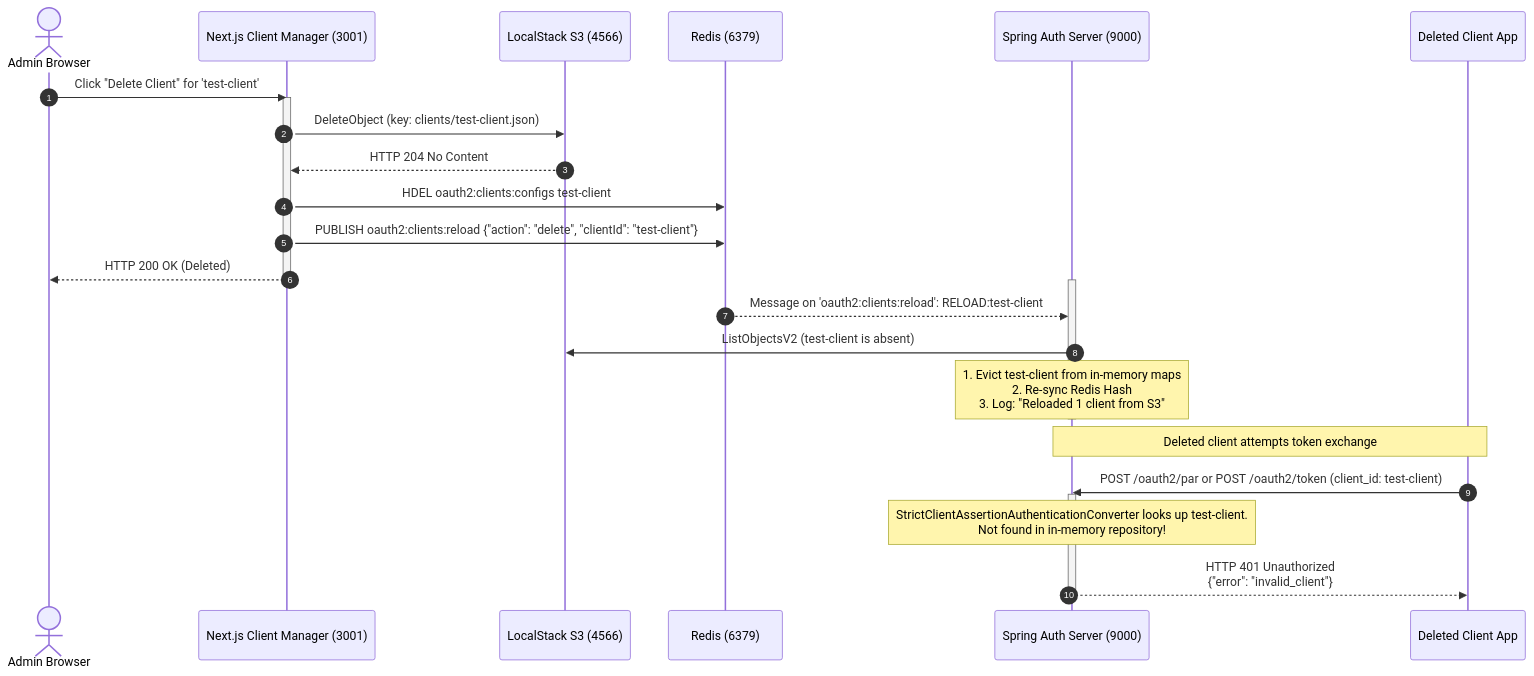
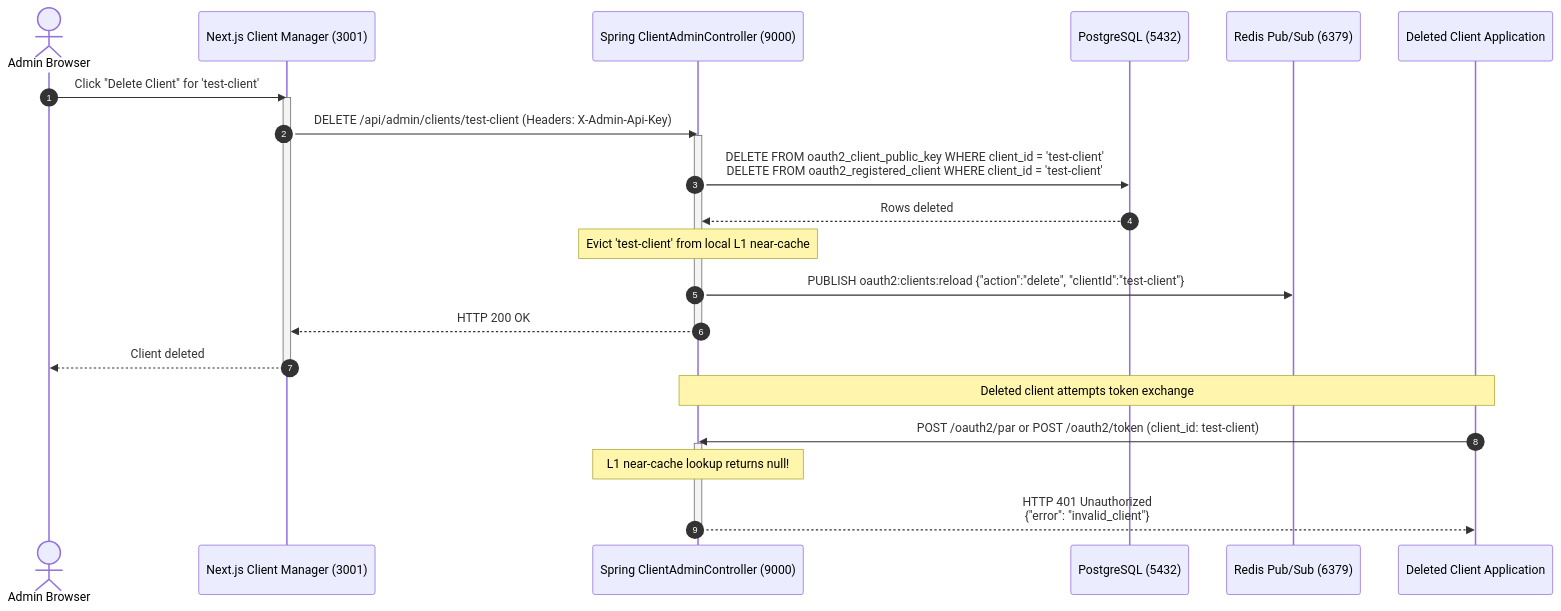
The fourth of 4 diagrams in docs/architecture/client_config_and_caching_flow.md (shoeyn/oauth-server), drawn with Mermaid before and after one commit. The commit also changed other lines of this file and 39 other files, not shown here.

````diff
--- a/docs/architecture/client_config_and_caching_flow.md
+++ b/docs/architecture/client_config_and_caching_flow.md
@@ -108,34 +116,31 @@
 ```mermaid
 sequenceDiagram
     autonumber
     actor Admin as Admin Browser
     participant Manager as Next.js Client Manager (3001)
-    participant S3 as LocalStack S3 (4566)
-    participant Redis as Redis (6379)
-    participant Spring as Spring Auth Server (9000)
-    participant Rogue as Deleted Client App
+    participant SpringAdmin as Spring ClientAdminController (9000)
+    participant PG as PostgreSQL (5432)
+    participant Redis as Redis Pub/Sub (6379)
+    participant Rogue as Deleted Client Application
 
     Admin->>Manager: Click "Delete Client" for 'test-client'
     activate Manager
-    Manager->>S3: DeleteObject (key: clients/test-client.json)
-    S3-->>Manager: HTTP 204 No Content
-    Manager->>Redis: HDEL oauth2:clients:configs test-client
-    Manager->>Redis: PUBLISH oauth2:clients:reload {"action": "delete", "clientId": "test-client"}
-    Manager-->>Admin: HTTP 200 OK (Deleted)
+    Manager->>SpringAdmin: DELETE /api/admin/clients/test-client (Headers: X-Admin-Api-Key)
+    activate SpringAdmin
+    SpringAdmin->>PG: DELETE FROM oauth2_client_public_key WHERE client_id = 'test-client'<br/>DELETE FROM oauth2_registered_client WHERE client_id = 'test-client'
+    PG-->>SpringAdmin: Rows deleted
+    Note over SpringAdmin: Evict 'test-client' from local L1 near-cache
+    SpringAdmin->>Redis: PUBLISH oauth2:clients:reload {"action":"delete", "clientId":"test-client"}
+    SpringAdmin-->>Manager: HTTP 200 OK
+    deactivate SpringAdmin
+    Manager-->>Admin: Client deleted
     deactivate Manager
 
-    %% Spring Reload Trigger
-    activate Spring
-    Redis-->>Spring: Message on 'oauth2:clients:reload': RELOAD:test-client
-    Spring->>S3: ListObjectsV2 (test-client is absent)
-    Note over Spring: 1. Evict test-client from in-memory maps<br/>2. Re-sync Redis Hash<br/>3. Log: "Reloaded 1 client from S3"
-    deactivate Spring
-
-    %% Negative test verification
-    Note over Rogue, Spring: Deleted client attempts token exchange
-    Rogue->>Spring: POST /oauth2/par or POST /oauth2/token (client_id: test-client)
-    activate Spring
-    Note over Spring: StrictClientAssertionAuthenticationConverter looks up test-client.<br/>Not found in in-memory repository!
-    Spring-->>Rogue: HTTP 401 Unauthorized<br/>{"error": "invalid_client"}
-    deactivate Spring
+    %% Unauthorized attempt
+    Note over Rogue, SpringAdmin: Deleted client attempts token exchange
+    Rogue->>SpringAdmin: POST /oauth2/par or POST /oauth2/token (client_id: test-client)
+    activate SpringAdmin
+    Note over SpringAdmin: L1 near-cache lookup returns null!
+    SpringAdmin-->>Rogue: HTTP 401 Unauthorized<br/>{"error": "invalid_client"}
+    deactivate SpringAdmin
 ```
````
